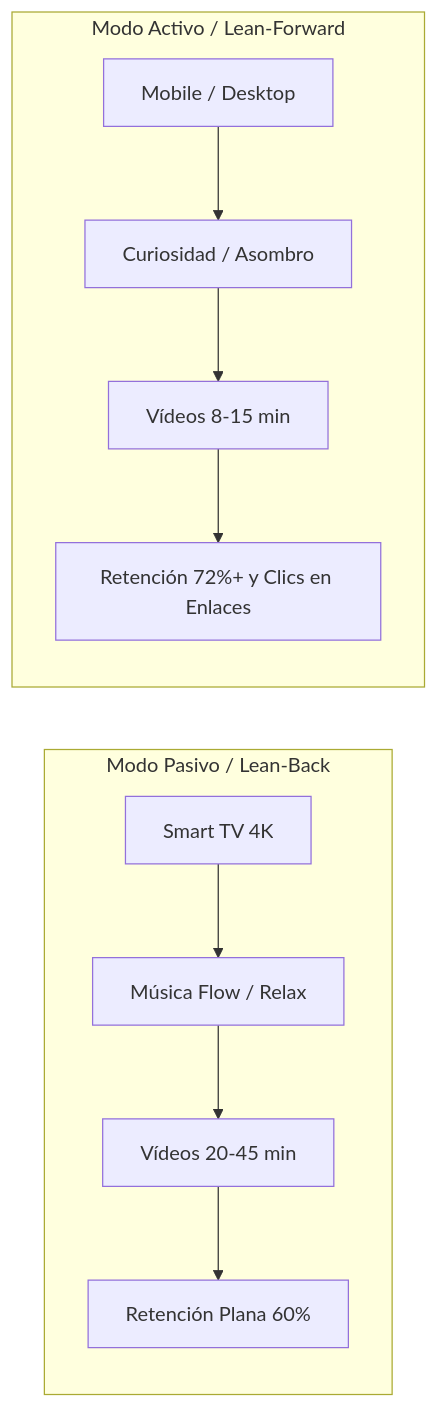
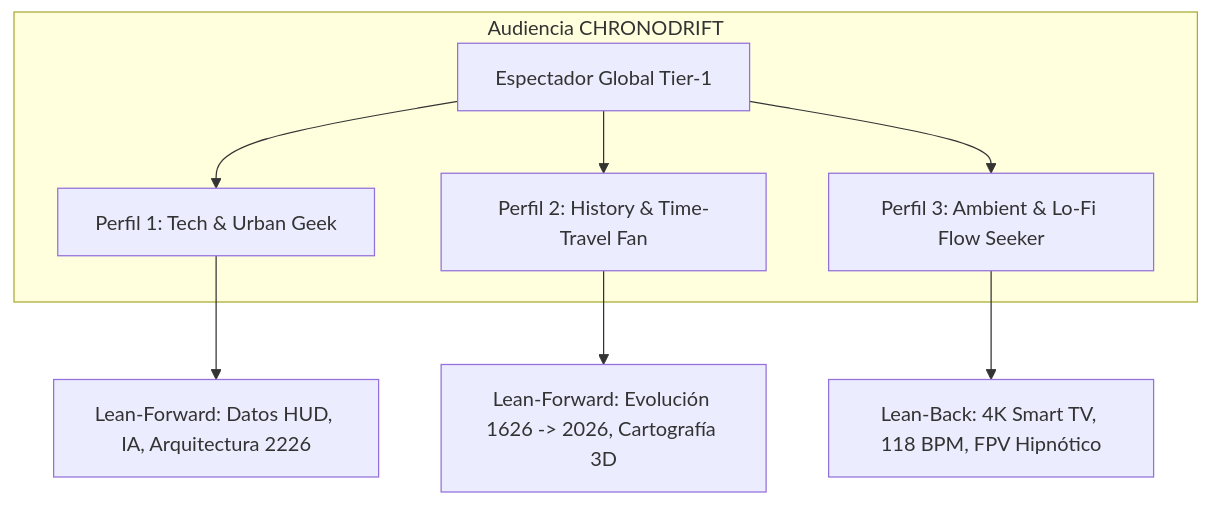
Before and after one commit to JOSFER78/videopro: the first of 6 diagrams in docs/investigaciones/youtube/01_CHRONODRIFT/02_investigacion_nicho_y_audiencia.md, drawn with Mermaid. The commit also changed other lines of this file and 81 other files, not shown here.

````diff
--- a/docs/investigaciones/youtube/01_CHRONODRIFT/02_investigacion_nicho_y_audiencia.md
+++ b/docs/investigaciones/youtube/01_CHRONODRIFT/02_investigacion_nicho_y_audiencia.md
@@ -15,13 +11,11 @@
 ```mermaid
-graph LR
-    subgraph Modo Pasivo / Lean-Back
-        A[Smart TV 4K] --> B[Música Flow / Relax]
-        B --> C[Vídeos 20-45 min]
-        C --> D[Retención Plana 60%]
+graph TD
+    subgraph Audiencia CHRONODRIFT
+        A[Espectador Global Tier-1] --> B[Perfil 1: Tech & Urban Geek]
+        A --> C[Perfil 2: History & Time-Travel Fan]
+        A --> D[Perfil 3: Ambient & Lo-Fi Flow Seeker]
     end
-    subgraph Modo Activo / Lean-Forward
-        E[Mobile / Desktop] --> F[Curiosidad / Asombro]
-        F --> G[Vídeos 8-15 min]
-        G --> H[Retención 72%+ y Clics en Enlaces]
-    end
+    B --> E[Lean-Forward: Datos HUD, IA, Arquitectura 2226]
+    C --> F[Lean-Forward: Evolución 1626 -> 2026, Cartografía 3D]
+    D --> G[Lean-Back: 4K Smart TV, 118 BPM, FPV Hipnótico]
 ```
````
